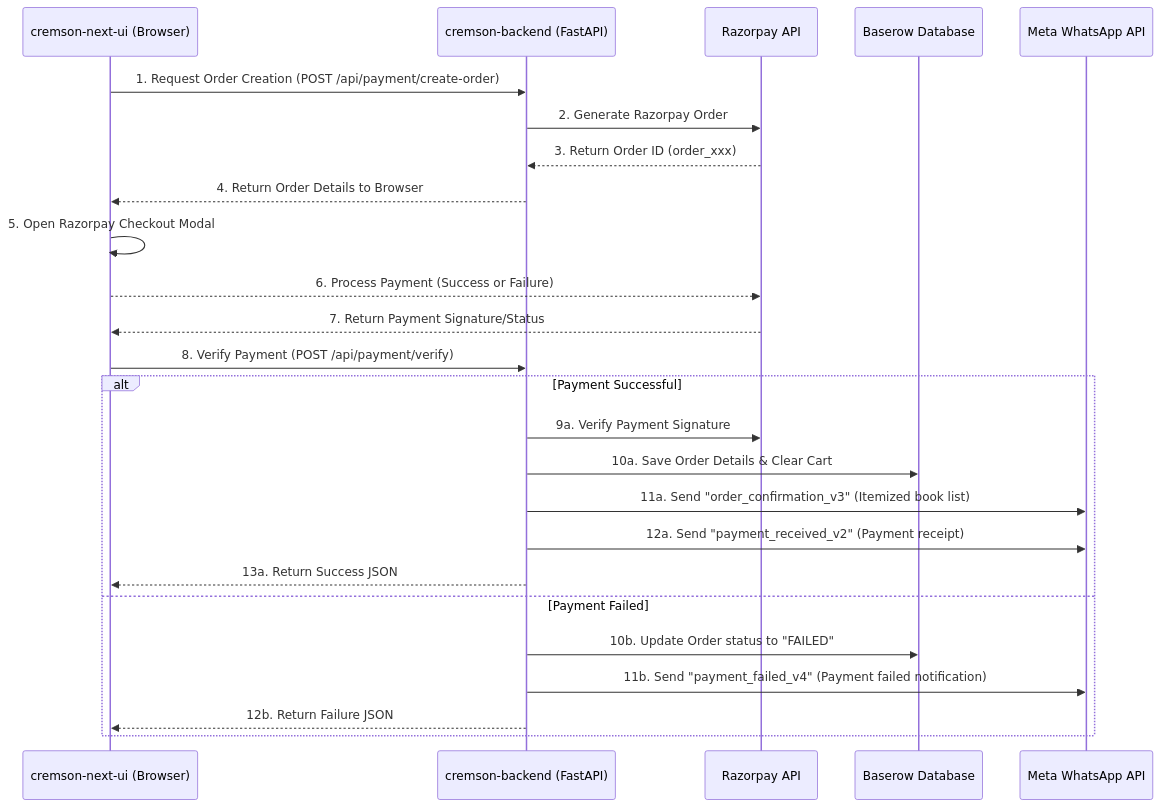
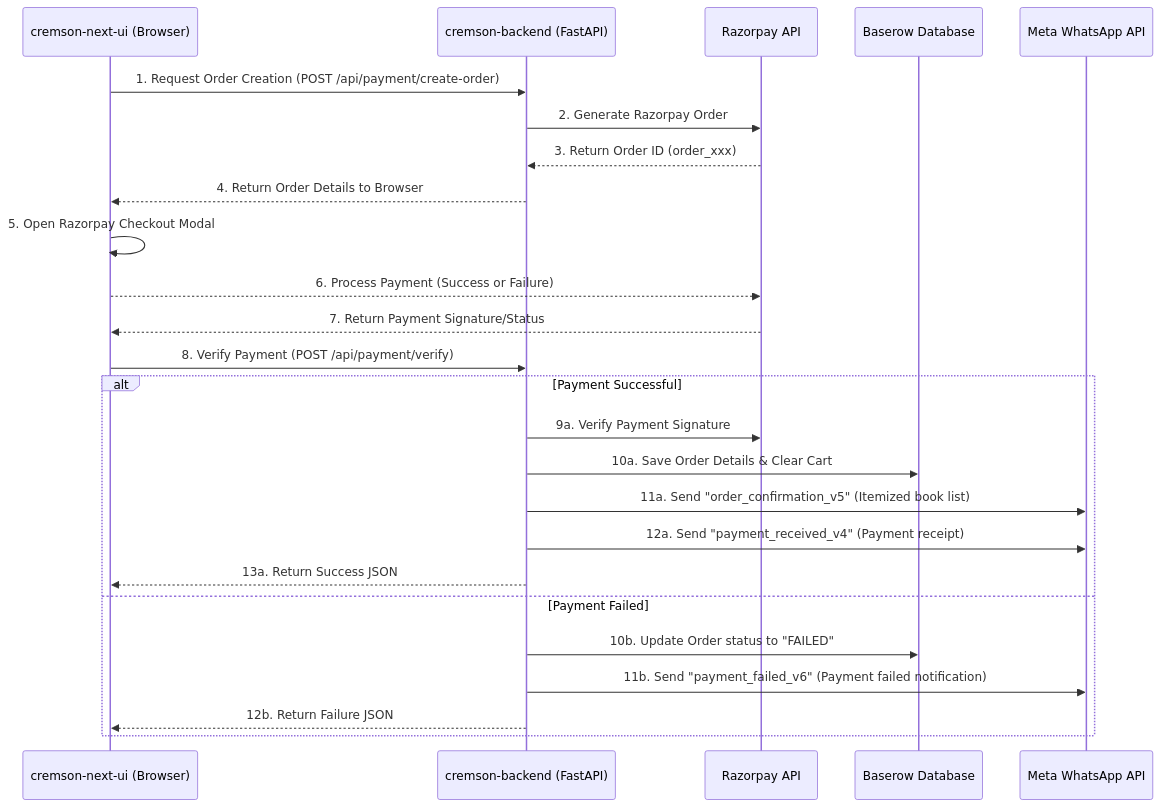
One commit to cremsonpublications-cmd/cremson-baserow changed the diagram in cremson-backend/README.md. Above: the diagram before and after it, drawn with Mermaid. The commit also changed other lines of this file and 25 other files, not shown here.

````diff
--- a/cremson-backend/README.md
+++ b/cremson-backend/README.md
@@ -49,30 +49,30 @@
 ```mermaid
 sequenceDiagram
     participant Frontend as cremson-next-ui (Browser)
     participant Backend as cremson-backend (FastAPI)
     participant Razorpay as Razorpay API
     participant Baserow as Baserow Database
     participant Meta as Meta WhatsApp API
 
     Frontend->>Backend: 1. Request Order Creation (POST /api/payment/create-order)
     Backend->>Razorpay: 2. Generate Razorpay Order
     Razorpay-->>Backend: 3. Return Order ID (order_xxx)
     Backend-->>Frontend: 4. Return Order Details to Browser
 
     Frontend->>Frontend: 5. Open Razorpay Checkout Modal
     Frontend-->>Razorpay: 6. Process Payment (Success or Failure)
     Razorpay-->>Frontend: 7. Return Payment Signature/Status
 
     Frontend->>Backend: 8. Verify Payment (POST /api/payment/verify)
     alt Payment Successful
         Backend->>Razorpay: 9a. Verify Payment Signature
         Backend->>Baserow: 10a. Save Order Details & Clear Cart
-        Backend->>Meta: 11a. Send "order_confirmation_v3" (Itemized book list)
-        Backend->>Meta: 12a. Send "payment_received_v2" (Payment receipt)
+        Backend->>Meta: 11a. Send "order_confirmation_v5" (Itemized book list)
+        Backend->>Meta: 12a. Send "payment_received_v4" (Payment receipt)
         Backend-->>Frontend: 13a. Return Success JSON
     else Payment Failed
         Backend->>Baserow: 10b. Update Order status to "FAILED"
-        Backend->>Meta: 11b. Send "payment_failed_v4" (Payment failed notification)
+        Backend->>Meta: 11b. Send "payment_failed_v6" (Payment failed notification)
         Backend-->>Frontend: 12b. Return Failure JSON
     end
 ```
````
